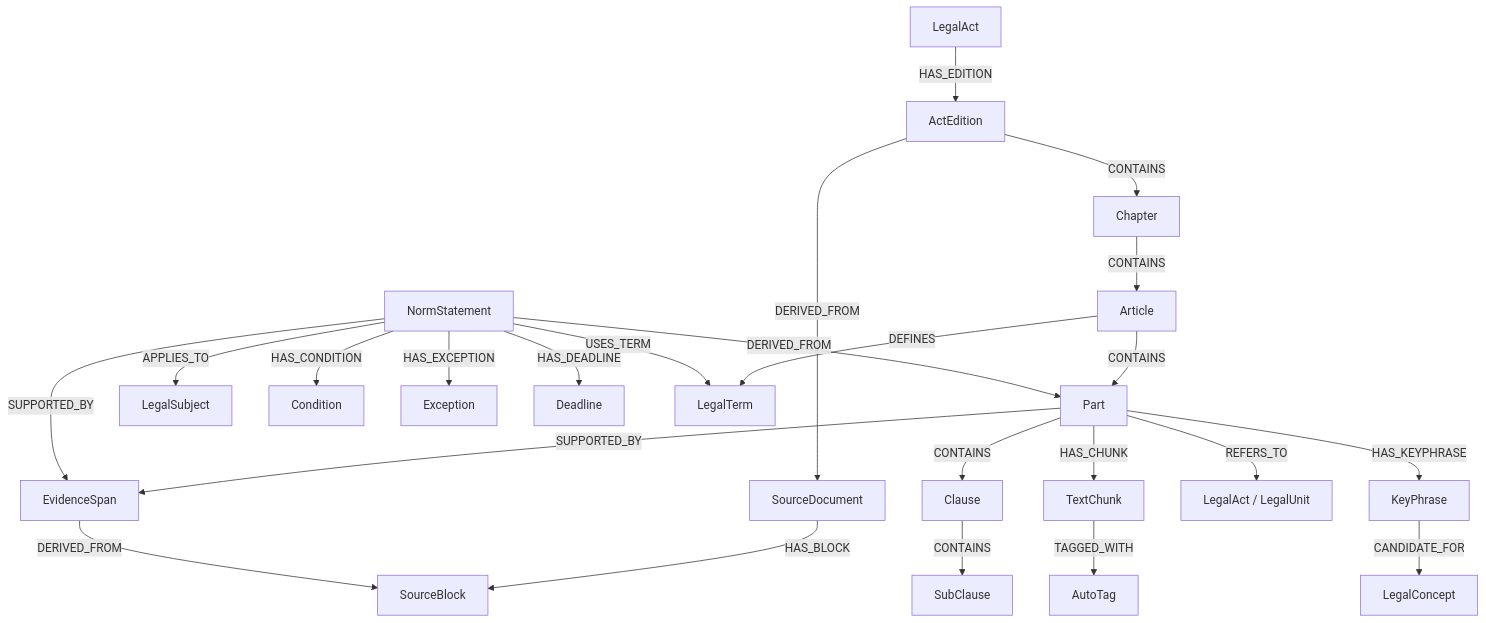
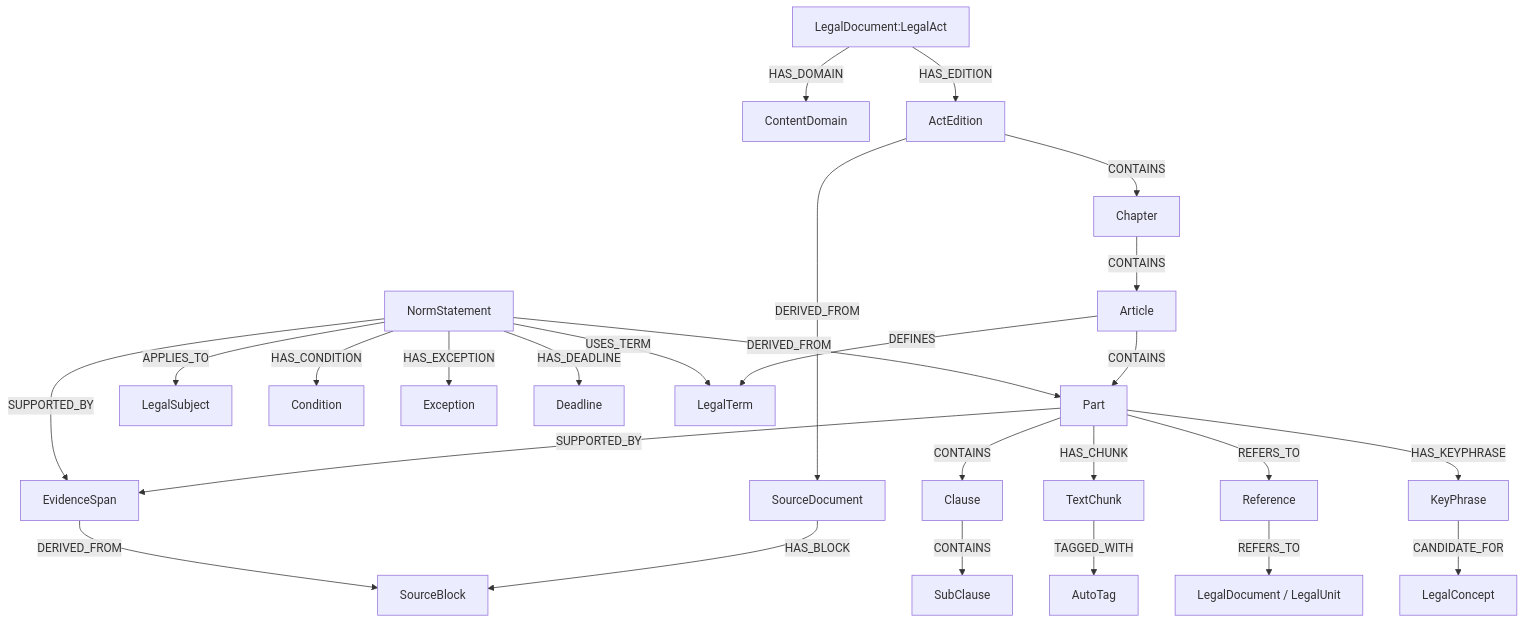
Before and after one commit to rager306/law-nexus: the third of 11 diagrams in prd/02_architecture.md, drawn with Mermaid. The commit also changed other lines of this file and 2 other files, not shown here.

````diff
--- a/prd/02_architecture.md
+++ b/prd/02_architecture.md
@@ -155,30 +163,32 @@
 ```mermaid
 flowchart TB
     SD[SourceDocument] -->|HAS_BLOCK| SB[SourceBlock]
-    LA[LegalAct] -->|HAS_EDITION| ED[ActEdition]
+    LA[LegalDocument:LegalAct] -->|HAS_DOMAIN| CD[ContentDomain]
+    LA -->|HAS_EDITION| ED[ActEdition]
     ED -->|DERIVED_FROM| SD
     ED -->|CONTAINS| CH[Chapter]
     CH -->|CONTAINS| AR[Article]
     AR -->|CONTAINS| PT[Part]
     PT -->|CONTAINS| CL[Clause]
     CL -->|CONTAINS| SCL[SubClause]
 
     PT -->|HAS_CHUNK| TC[TextChunk]
     PT -->|SUPPORTED_BY| EV[EvidenceSpan]
     EV -->|DERIVED_FROM| SB
 
     NS[NormStatement] -->|DERIVED_FROM| PT
     NS -->|SUPPORTED_BY| EV
     NS -->|APPLIES_TO| LS[LegalSubject]
     NS -->|HAS_CONDITION| COND[Condition]
     NS -->|HAS_EXCEPTION| EXC[Exception]
     NS -->|HAS_DEADLINE| DL[Deadline]
 
     AR -->|DEFINES| LT[LegalTerm]
     NS -->|USES_TERM| LT
-    PT -->|REFERS_TO| REF[LegalAct / LegalUnit]
+    PT -->|REFERS_TO| REF[Reference]
+    REF -->|REFERS_TO| TARGET[LegalDocument / LegalUnit]
 
     PT -->|HAS_KEYPHRASE| KP[KeyPhrase]
     TC -->|TAGGED_WITH| AT[AutoTag]
     KP -->|CANDIDATE_FOR| LC[LegalConcept]
 ```
````
